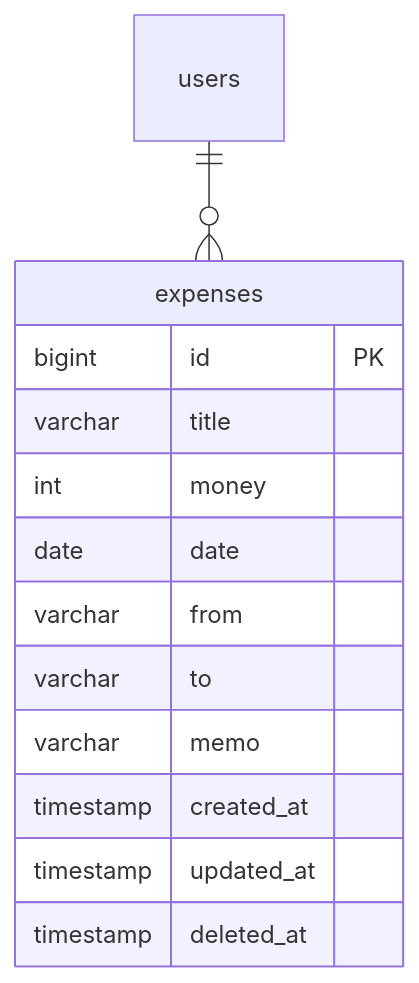
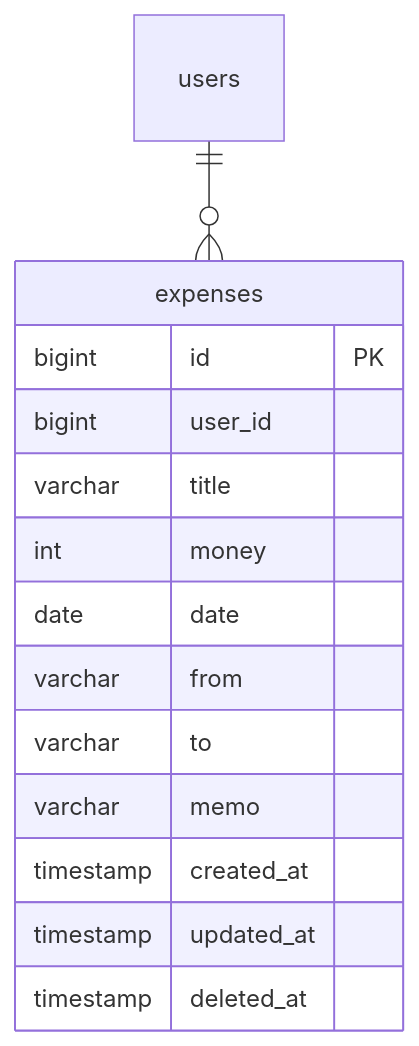
Before and after one commit to PONzu-0529/ponzu0529-niconico: the fourth of 4 diagrams in Doc/MoneyAssistant.md, drawn with Mermaid. The commit also changed 3 other files, not shown here.

````diff
--- a/Doc/MoneyAssistant.md
+++ b/Doc/MoneyAssistant.md
@@ -107,19 +107,20 @@
 ```mermaid
 erDiagram
   users
 
   expenses {
     bigint id PK
+    bigint user_id
     varchar title
     int money
     date date
     varchar from
     varchar to
     varchar memo
     timestamp created_at
     timestamp updated_at
     timestamp deleted_at
   }
 
   users ||--o{ expenses : ""
 ```
````
